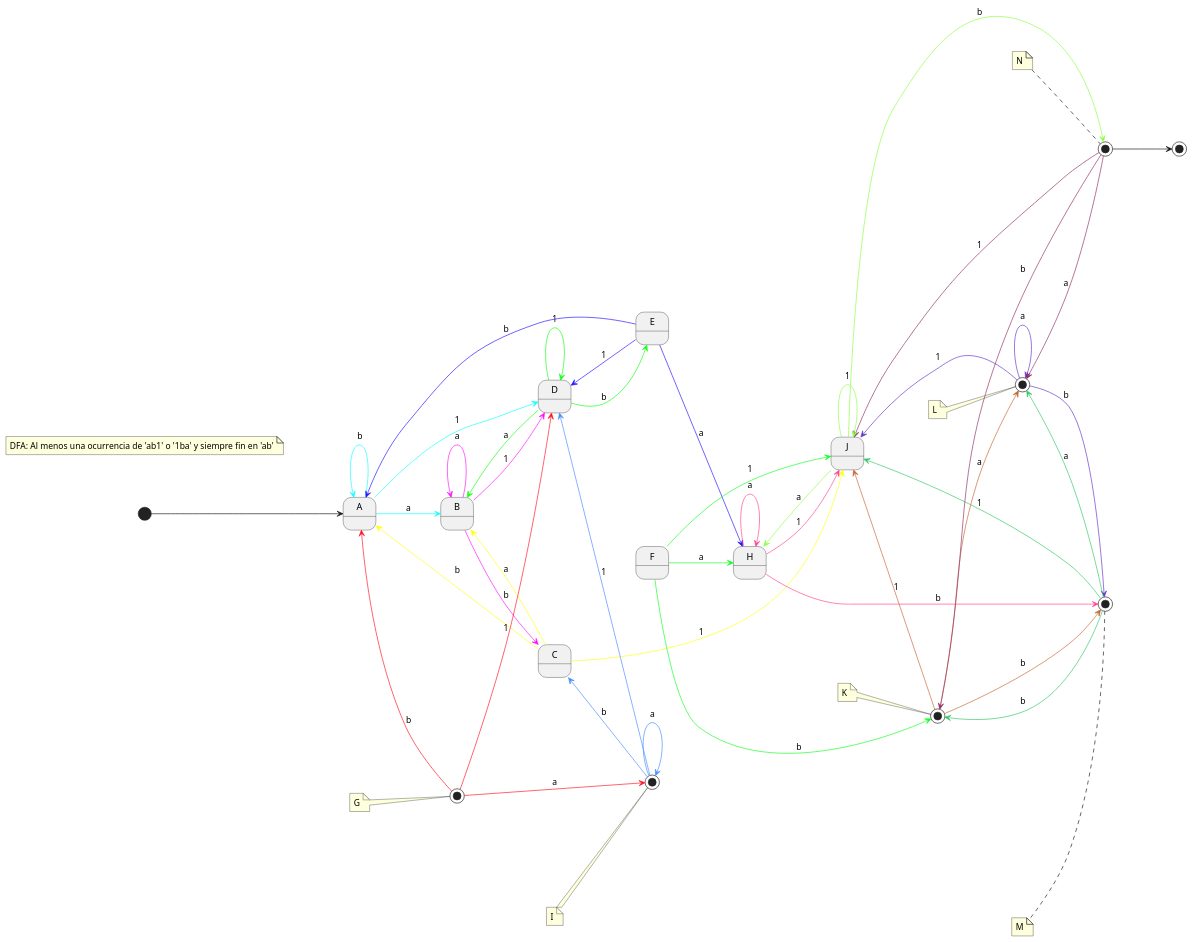
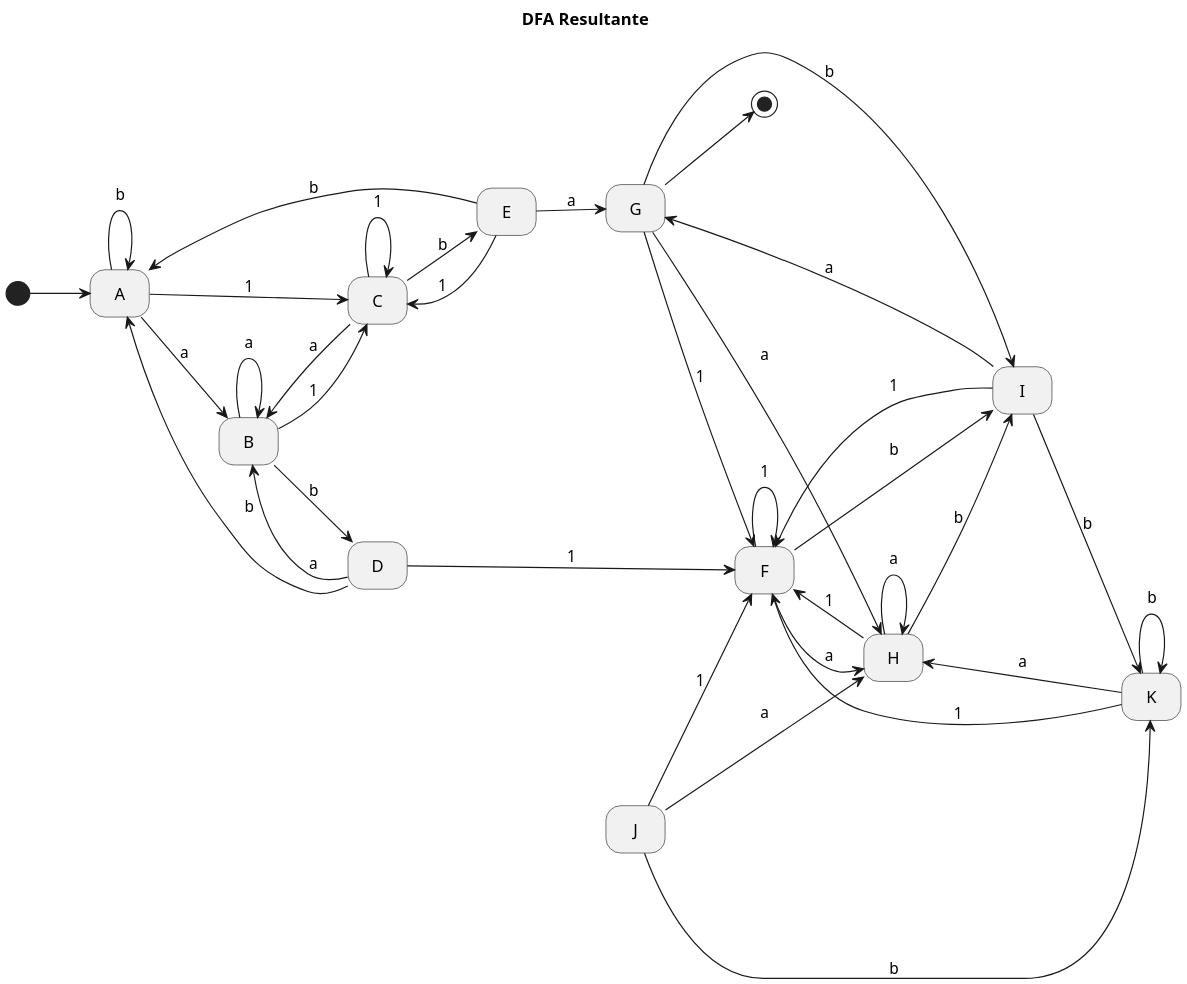
The fourth of 4 diagrams in README.md (GutierrezLuisEduardo/ImplementacionAnalisisLexico), drawn with PlantUML before and after one commit. The commit also changed other lines of this file, not shown here.

````diff
--- a/README.md
+++ b/README.md
@@ -144,86 +210,54 @@
 ```PlantUML
 @startuml
-left to right direction 
+hide empty description
+
 scale 2048 width
 
-skinparam nodesep 80
-skinparam ranksep 90
+left to right direction
+skinparam nodesep 50
+skinparam ranksep 50
 
-note "DFA: Al menos una ocurrencia de 'ab1' o '1ba' y siempre fin en 'ab'" as nota
+title DFA Resultante
 
-[*] -down-> A
+[*] --> A
 
-' G, I, K, L, M, N
-state G <<end>>
-note left of G : G
-state I <<end>> : estado I
-note left of I : I
-state K <<end>> : estado K
-note left of K : K
-state L <<end>> : estado L
-note left of L : L
-state M <<end>> : estado M
-note left of M : M
-state N <<end>> : estado N
-note left of N : N
+A --> B : a
+B --> B : a
+C --> B : a
+D --> B : a
+E --> G : a
+F --> H : a
+G --> H : a
+H --> H : a
+I --> G : a
+J --> H : a
+K --> H : a
 
-A -down[#12FFFF]-> B : a
-A -up[#12FFFF]-> A : b
-A -down[#12FFFF]-> D : 1
+A --> A : b
+B --> D : b
+C --> E : b
+D --> A : b
+E --> A : b
+F --> I : b
+G --> I : b
+H --> I : b
+I --> K : b
+J --> K : b
+K --> K : b
 
-B -up[#FF12FF]-> B : a
-B -down[#FF12FF]-> C : b
-B -down[#FF12FF]-> D : 1
+A --> C : 1
+B --> C : 1
+C --> C : 1
+D --> F : 1
+E --> C : 1
+F --> F : 1
+G --> F : 1
+H --> F : 1
+I --> F : 1
+J --> F : 1
+K --> F : 1
 
-C -up[#FFFF12]-> B : a
-C -up[#FFFF12]-> A : b
-C -down[#FFFF12]-> J : 1
-
-D -up[#12FF12]-> B : a
-D -down[#12FF12]-> E : b
-D -[#12FF12]-> D : 1
-
-E -down[#2412FF]-> H : a
-E -up[#2412FF]-> A : b
-E -up[#2412FF]-> D : 1
-
-F -down[#12FF24]-> H : a
-F -down[#12FF24]-> K : b
-F -down[#12FF24]-> J : 1
-
-G -down[#FF1224]-> I : a
-G -up[#FF1224]-> A : b
-G -down[#FF1224]-> D : 1
-
-H -[#FF468C]-> H : a
-H -down[#FF468C]-> M : b
-H -down[#FF468C]-> J : 1
-
-I -[#468CFF]-> I : a
-I -up[#468CFF]-> C : b
-I -up[#468CFF]-> D : 1
-
-J -up[#8CFF46]-> H : a
-J -down[#8CFF46]-> N : b
-J -[#8CFF46]-> J : 1
-
-K -down[#C86432]-> L : a
-K -down[#C86432]-> M : b
-K -up[#C86432]-> J : 1
-
-L -[#6432C8]-> L : a
-L -left[#6432C8]-> M : b
-L -up[#6432C8]-> J : 1
-
-M -up[#32C864]-> L : a
-M -up[#32C864]-> K : b
-M -up[#32C864]-> J : 1
-
-N -up[#912D64]-> L : a
-N -up[#912D64]-> K : b
-N -up[#912D64]-> J : 1 
-
-N -down-> [*]
+G --> [*]
 
 <style>
 stateDiagram {
````
